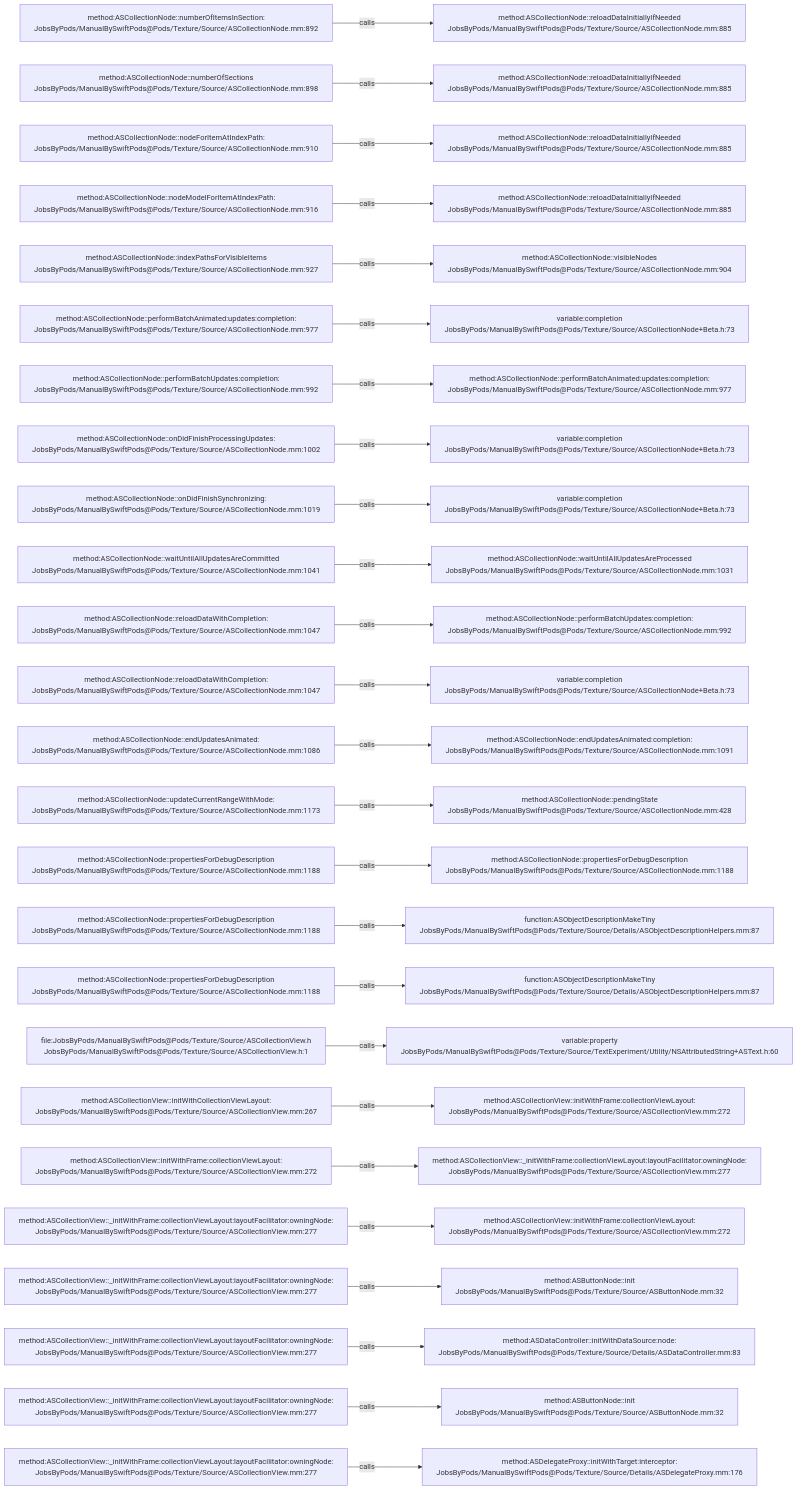
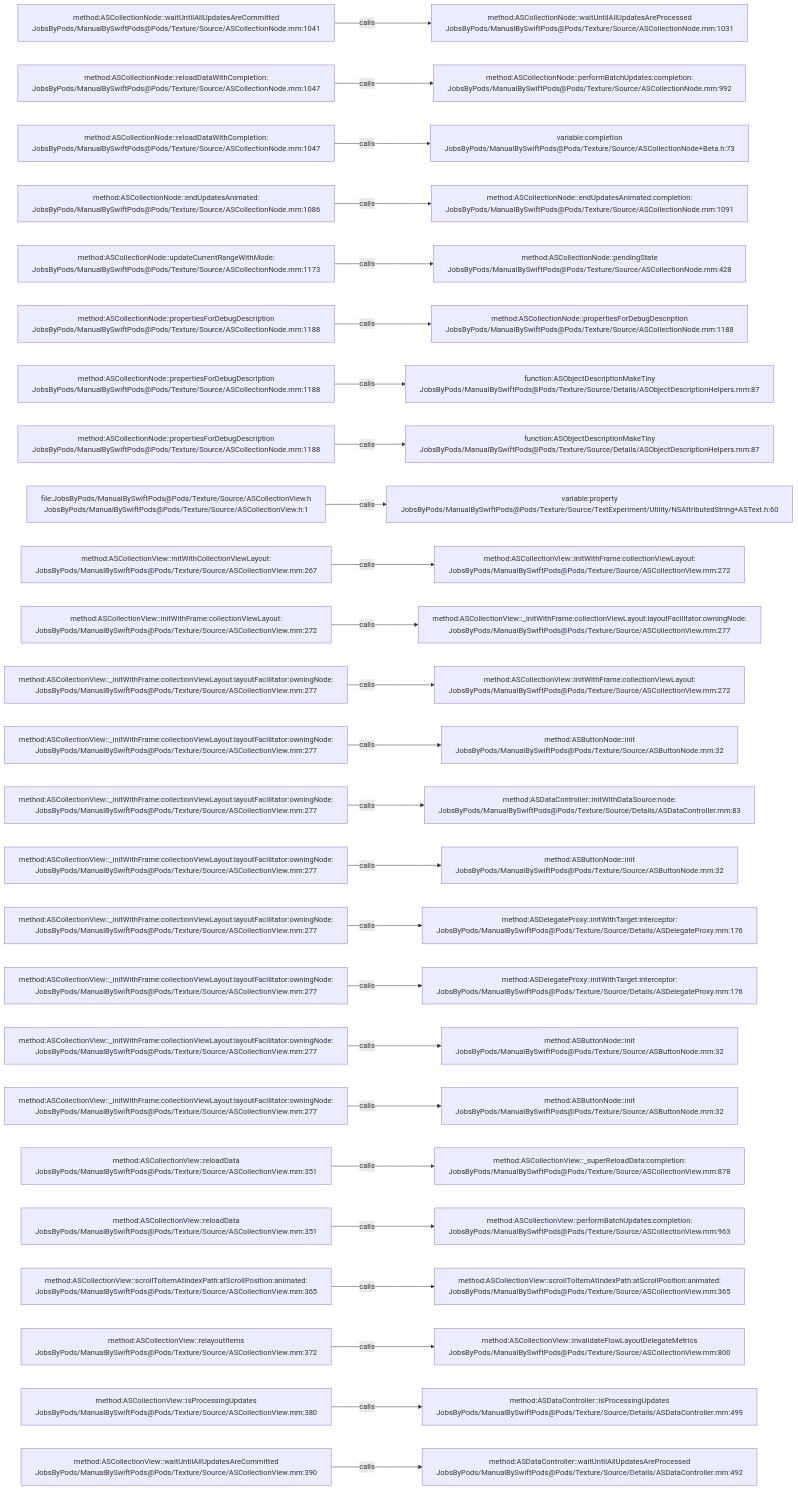
The diagram in .codegraph/codegraph.md/graphs/calls-010.md (JobsKits/JobsSwiftBaseConfigDemo), drawn with Mermaid before and after one commit. The commit also changed 707 other files, not shown here.

````diff
--- a/.codegraph/codegraph.md/graphs/calls-010.md
+++ b/.codegraph/codegraph.md/graphs/calls-010.md
@@ -13,78 +13,78 @@
 ```mermaid
 flowchart LR
-  S1["method:ASCollectionNode::numberOfItemsInSection:<br/>JobsByPods/ManualBySwiftPods@Pods/Texture/Source/ASCollectionNode.mm:892"]
-  T1["method:ASCollectionNode::reloadDataInitiallyIfNeeded<br/>JobsByPods/ManualBySwiftPods@Pods/Texture/Source/ASCollectionNode.mm:885"]
+  S1["method:ASCollectionNode::waitUntilAllUpdatesAreCommitted<br/>JobsByPods/ManualBySwiftPods@Pods/Texture/Source/ASCollectionNode.mm:1041"]
+  T1["method:ASCollectionNode::waitUntilAllUpdatesAreProcessed<br/>JobsByPods/ManualBySwiftPods@Pods/Texture/Source/ASCollectionNode.mm:1031"]
   S1 -->|calls| T1
-  S2["method:ASCollectionNode::numberOfSections<br/>JobsByPods/ManualBySwiftPods@Pods/Texture/Source/ASCollectionNode.mm:898"]
-  T2["method:ASCollectionNode::reloadDataInitiallyIfNeeded<br/>JobsByPods/ManualBySwiftPods@Pods/Texture/Source/ASCollectionNode.mm:885"]
+  S2["method:ASCollectionNode::reloadDataWithCompletion:<br/>JobsByPods/ManualBySwiftPods@Pods/Texture/Source/ASCollectionNode.mm:1047"]
+  T2["method:ASCollectionNode::performBatchUpdates:completion:<br/>JobsByPods/ManualBySwiftPods@Pods/Texture/Source/ASCollectionNode.mm:992"]
   S2 -->|calls| T2
-  S3["method:ASCollectionNode::nodeForItemAtIndexPath:<br/>JobsByPods/ManualBySwiftPods@Pods/Texture/Source/ASCollectionNode.mm:910"]
-  T3["method:ASCollectionNode::reloadDataInitiallyIfNeeded<br/>JobsByPods/ManualBySwiftPods@Pods/Texture/Source/ASCollectionNode.mm:885"]
+  S3["method:ASCollectionNode::reloadDataWithCompletion:<br/>JobsByPods/ManualBySwiftPods@Pods/Texture/Source/ASCollectionNode.mm:1047"]
+  T3["variable:completion<br/>JobsByPods/ManualBySwiftPods@Pods/Texture/Source/ASCollectionNode+Beta.h:73"]
   S3 -->|calls| T3
-  S4["method:ASCollectionNode::nodeModelForItemAtIndexPath:<br/>JobsByPods/ManualBySwiftPods@Pods/Texture/Source/ASCollectionNode.mm:916"]
-  T4["method:ASCollectionNode::reloadDataInitiallyIfNeeded<br/>JobsByPods/ManualBySwiftPods@Pods/Texture/Source/ASCollectionNode.mm:885"]
+  S4["method:ASCollectionNode::endUpdatesAnimated:<br/>JobsByPods/ManualBySwiftPods@Pods/Texture/Source/ASCollectionNode.mm:1086"]
+  T4["method:ASCollectionNode::endUpdatesAnimated:completion:<br/>JobsByPods/ManualBySwiftPods@Pods/Texture/Source/ASCollectionNode.mm:1091"]
   S4 -->|calls| T4
-  S5["method:ASCollectionNode::indexPathsForVisibleItems<br/>JobsByPods/ManualBySwiftPods@Pods/Texture/Source/ASCollectionNode.mm:927"]
-  T5["method:ASCollectionNode::visibleNodes<br/>JobsByPods/ManualBySwiftPods@Pods/Texture/Source/ASCollectionNode.mm:904"]
+  S5["method:ASCollectionNode::updateCurrentRangeWithMode:<br/>JobsByPods/ManualBySwiftPods@Pods/Texture/Source/ASCollectionNode.mm:1173"]
+  T5["method:ASCollectionNode::pendingState<br/>JobsByPods/ManualBySwiftPods@Pods/Texture/Source/ASCollectionNode.mm:428"]
   S5 -->|calls| T5
-  S6["method:ASCollectionNode::performBatchAnimated:updates:completion:<br/>JobsByPods/ManualBySwiftPods@Pods/Texture/Source/ASCollectionNode.mm:977"]
-  T6["variable:completion<br/>JobsByPods/ManualBySwiftPods@Pods/Texture/Source/ASCollectionNode+Beta.h:73"]
+  S6["method:ASCollectionNode::propertiesForDebugDescription<br/>JobsByPods/ManualBySwiftPods@Pods/Texture/Source/ASCollectionNode.mm:1188"]
+  T6["method:ASCollectionNode::propertiesForDebugDescription<br/>JobsByPods/ManualBySwiftPods@Pods/Texture/Source/ASCollectionNode.mm:1188"]
   S6 -->|calls| T6
-  S7["method:ASCollectionNode::performBatchUpdates:completion:<br/>JobsByPods/ManualBySwiftPods@Pods/Texture/Source/ASCollectionNode.mm:992"]
-  T7["method:ASCollectionNode::performBatchAnimated:updates:completion:<br/>JobsByPods/ManualBySwiftPods@Pods/Texture/Source/ASCollectionNode.mm:977"]
+  S7["method:ASCollectionNode::propertiesForDebugDescription<br/>JobsByPods/ManualBySwiftPods@Pods/Texture/Source/ASCollectionNode.mm:1188"]
+  T7["function:ASObjectDescriptionMakeTiny<br/>JobsByPods/ManualBySwiftPods@Pods/Texture/Source/Details/ASObjectDescriptionHelpers.mm:87"]
   S7 -->|calls| T7
-  S8["method:ASCollectionNode::onDidFinishProcessingUpdates:<br/>JobsByPods/ManualBySwiftPods@Pods/Texture/Source/ASCollectionNode.mm:1002"]
-  T8["variable:completion<br/>JobsByPods/ManualBySwiftPods@Pods/Texture/Source/ASCollectionNode+Beta.h:73"]
+  S8["method:ASCollectionNode::propertiesForDebugDescription<br/>JobsByPods/ManualBySwiftPods@Pods/Texture/Source/ASCollectionNode.mm:1188"]
+  T8["function:ASObjectDescriptionMakeTiny<br/>JobsByPods/ManualBySwiftPods@Pods/Texture/Source/Details/ASObjectDescriptionHelpers.mm:87"]
   S8 -->|calls| T8
-  S9["method:ASCollectionNode::onDidFinishSynchronizing:<br/>JobsByPods/ManualBySwiftPods@Pods/Texture/Source/ASCollectionNode.mm:1019"]
-  T9["variable:completion<br/>JobsByPods/ManualBySwiftPods@Pods/Texture/Source/ASCollectionNode+Beta.h:73"]
+  S9["file:JobsByPods/ManualBySwiftPods@Pods/Texture/Source/ASCollectionView.h<br/>JobsByPods/ManualBySwiftPods@Pods/Texture/Source/ASCollectionView.h:1"]
+  T9["variable:property<br/>JobsByPods/ManualBySwiftPods@Pods/Texture/Source/TextExperiment/Utility/NSAttributedString+ASText.h:60"]
   S9 -->|calls| T9
-  S10["method:ASCollectionNode::waitUntilAllUpdatesAreCommitted<br/>JobsByPods/ManualBySwiftPods@Pods/Texture/Source/ASCollectionNode.mm:1041"]
-  T10["method:ASCollectionNode::waitUntilAllUpdatesAreProcessed<br/>JobsByPods/ManualBySwiftPods@Pods/Texture/Source/ASCollectionNode.mm:1031"]
+  S10["method:ASCollectionView::initWithCollectionViewLayout:<br/>JobsByPods/ManualBySwiftPods@Pods/Texture/Source/ASCollectionView.mm:267"]
+  T10["method:ASCollectionView::initWithFrame:collectionViewLayout:<br/>JobsByPods/ManualBySwiftPods@Pods/Texture/Source/ASCollectionView.mm:272"]
   S10 -->|calls| T10
-  S11["method:ASCollectionNode::reloadDataWithCompletion:<br/>JobsByPods/ManualBySwiftPods@Pods/Texture/Source/ASCollectionNode.mm:1047"]
-  T11["method:ASCollectionNode::performBatchUpdates:completion:<br/>JobsByPods/ManualBySwiftPods@Pods/Texture/Source/ASCollectionNode.mm:992"]
+  S11["method:ASCollectionView::initWithFrame:collectionViewLayout:<br/>JobsByPods/ManualBySwiftPods@Pods/Texture/Source/ASCollectionView.mm:272"]
+  T11["method:ASCollectionView::_initWithFrame:collectionViewLayout:layoutFacilitator:owningNode:<br/>JobsByPods/ManualBySwiftPods@Pods/Texture/Source/ASCollectionView.mm:277"]
   S11 -->|calls| T11
-  S12["method:ASCollectionNode::reloadDataWithCompletion:<br/>JobsByPods/ManualBySwiftPods@Pods/Texture/Source/ASCollectionNode.mm:1047"]
-  T12["variable:completion<br/>JobsByPods/ManualBySwiftPods@Pods/Texture/Source/ASCollectionNode+Beta.h:73"]
+  S12["method:ASCollectionView::_initWithFrame:collectionViewLayout:layoutFacilitator:owningNode:<br/>JobsByPods/ManualBySwiftPods@Pods/Texture/Source/ASCollectionView.mm:277"]
+  T12["method:ASCollectionView::initWithFrame:collectionViewLayout:<br/>JobsByPods/ManualBySwiftPods@Pods/Texture/Source/ASCollectionView.mm:272"]
   S12 -->|calls| T12
-  S13["method:ASCollectionNode::endUpdatesAnimated:<br/>JobsByPods/ManualBySwiftPods@Pods/Texture/Source/ASCollectionNode.mm:1086"]
-  T13["method:ASCollectionNode::endUpdatesAnimated:completion:<br/>JobsByPods/ManualBySwiftPods@Pods/Texture/Source/ASCollectionNode.mm:1091"]
+  S13["method:ASCollectionView::_initWithFrame:collectionViewLayout:layoutFacilitator:owningNode:<br/>JobsByPods/ManualBySwiftPods@Pods/Texture/Source/ASCollectionView.mm:277"]
+  T13["method:ASButtonNode::init<br/>JobsByPods/ManualBySwiftPods@Pods/Texture/Source/ASButtonNode.mm:32"]
   S13 -->|calls| T13
-  S14["method:ASCollectionNode::updateCurrentRangeWithMode:<br/>JobsByPods/ManualBySwiftPods@Pods/Texture/Source/ASCollectionNode.mm:1173"]
-  T14["method:ASCollectionNode::pendingState<br/>JobsByPods/ManualBySwiftPods@Pods/Texture/Source/ASCollectionNode.mm:428"]
+  S14["method:ASCollectionView::_initWithFrame:collectionViewLayout:layoutFacilitator:owningNode:<br/>JobsByPods/ManualBySwiftPods@Pods/Texture/Source/ASCollectionView.mm:277"]
+  T14["method:ASDataController::initWithDataSource:node:<br/>JobsByPods/ManualBySwiftPods@Pods/Texture/Source/Details/ASDataController.mm:83"]
   S14 -->|calls| T14
-  S15["method:ASCollectionNode::propertiesForDebugDescription<br/>JobsByPods/ManualBySwiftPods@Pods/Texture/Source/ASCollectionNode.mm:1188"]
-  T15["method:ASCollectionNode::propertiesForDebugDescription<br/>JobsByPods/ManualBySwiftPods@Pods/Texture/Source/ASCollectionNode.mm:1188"]
+  S15["method:ASCollectionView::_initWithFrame:collectionViewLayout:layoutFacilitator:owningNode:<br/>JobsByPods/ManualBySwiftPods@Pods/Texture/Source/ASCollectionView.mm:277"]
+  T15["method:ASButtonNode::init<br/>JobsByPods/ManualBySwiftPods@Pods/Texture/Source/ASButtonNode.mm:32"]
   S15 -->|calls| T15
-  S16["method:ASCollectionNode::propertiesForDebugDescription<br/>JobsByPods/ManualBySwiftPods@Pods/Texture/Source/ASCollectionNode.mm:1188"]
-  T16["function:ASObjectDescriptionMakeTiny<br/>JobsByPods/ManualBySwiftPods@Pods/Texture/Source/Details/ASObjectDescriptionHelpers.mm:87"]
+  S16["method:ASCollectionView::_initWithFrame:collectionViewLayout:layoutFacilitator:owningNode:<br/>JobsByPods/ManualBySwiftPods@Pods/Texture/Source/ASCollectionView.mm:277"]
+  T16["method:ASDelegateProxy::initWithTarget:interceptor:<br/>JobsByPods/ManualBySwiftPods@Pods/Texture/Source/Details/ASDelegateProxy.mm:176"]
   S16 -->|calls| T16
-  S17["method:ASCollectionNode::propertiesForDebugDescription<br/>JobsByPods/ManualBySwiftPods@Pods/Texture/Source/ASCollectionNode.mm:1188"]
-  T17["function:ASObjectDescriptionMakeTiny<br/>JobsByPods/ManualBySwiftPods@Pods/Texture/Source/Details/ASObjectDescriptionHelpers.mm:87"]
+  S17["method:ASCollectionView::_initWithFrame:collectionViewLayout:layoutFacilitator:owningNode:<br/>JobsByPods/ManualBySwiftPods@Pods/Texture/Source/ASCollectionView.mm:277"]
+  T17["method:ASDelegateProxy::initWithTarget:interceptor:<br/>JobsByPods/ManualBySwiftPods@Pods/Texture/Source/Details/ASDelegateProxy.mm:176"]
   S17 -->|calls| T17
-  S18["file:JobsByPods/ManualBySwiftPods@Pods/Texture/Source/ASCollectionView.h<br/>JobsByPods/ManualBySwiftPods@Pods/Texture/Source/ASCollectionView.h:1"]
-  T18["variable:property<br/>JobsByPods/ManualBySwiftPods@Pods/Texture/Source/TextExperiment/Utility/NSAttributedString+ASText.h:60"]
+  S18["method:ASCollectionView::_initWithFrame:collectionViewLayout:layoutFacilitator:owningNode:<br/>JobsByPods/ManualBySwiftPods@Pods/Texture/Source/ASCollectionView.mm:277"]
+  T18["method:ASButtonNode::init<br/>JobsByPods/ManualBySwiftPods@Pods/Texture/Source/ASButtonNode.mm:32"]
   S18 -->|calls| T18
-  S19["method:ASCollectionView::initWithCollectionViewLayout:<br/>JobsByPods/ManualBySwiftPods@Pods/Texture/Source/ASCollectionView.mm:267"]
-  T19["method:ASCollectionView::initWithFrame:collectionViewLayout:<br/>JobsByPods/ManualBySwiftPods@Pods/Texture/Source/ASCollectionView.mm:272"]
+  S19["method:ASCollectionView::_initWithFrame:collectionViewLayout:layoutFacilitator:owningNode:<br/>JobsByPods/ManualBySwiftPods@Pods/Texture/Source/ASCollectionView.mm:277"]
+  T19["method:ASButtonNode::init<br/>JobsByPods/ManualBySwiftPods@Pods/Texture/Source/ASButtonNode.mm:32"]
   S19 -->|calls| T19
-  S20["method:ASCollectionView::initWithFrame:collectionViewLayout:<br/>JobsByPods/ManualBySwiftPods@Pods/Texture/Source/ASCollectionView.mm:272"]
-  T20["method:ASCollectionView::_initWithFrame:collectionViewLayout:layoutFacilitator:owningNode:<br/>JobsByPods/ManualBySwiftPods@Pods/Texture/Source/ASCollectionView.mm:277"]
+  S20["method:ASCollectionView::reloadData<br/>JobsByPods/ManualBySwiftPods@Pods/Texture/Source/ASCollectionView.mm:351"]
+  T20["method:ASCollectionView::_superReloadData:completion:<br/>JobsByPods/ManualBySwiftPods@Pods/Texture/Source/ASCollectionView.mm:878"]
   S20 -->|calls| T20
-  S21["method:ASCollectionView::_initWithFrame:collectionViewLayout:layoutFacilitator:owningNode:<br/>JobsByPods/ManualBySwiftPods@Pods/Texture/Source/ASCollectionView.mm:277"]
-  T21["method:ASCollectionView::initWithFrame:collectionViewLayout:<br/>JobsByPods/ManualBySwiftPods@Pods/Texture/Source/ASCollectionView.mm:272"]
+  S21["method:ASCollectionView::reloadData<br/>JobsByPods/ManualBySwiftPods@Pods/Texture/Source/ASCollectionView.mm:351"]
+  T21["method:ASCollectionView::performBatchUpdates:completion:<br/>JobsByPods/ManualBySwiftPods@Pods/Texture/Source/ASCollectionView.mm:963"]
   S21 -->|calls| T21
-  S22["method:ASCollectionView::_initWithFrame:collectionViewLayout:layoutFacilitator:owningNode:<br/>JobsByPods/ManualBySwiftPods@Pods/Texture/Source/ASCollectionView.mm:277"]
-  T22["method:ASButtonNode::init<br/>JobsByPods/ManualBySwiftPods@Pods/Texture/Source/ASButtonNode.mm:32"]
+  S22["method:ASCollectionView::scrollToItemAtIndexPath:atScrollPosition:animated:<br/>JobsByPods/ManualBySwiftPods@Pods/Texture/Source/ASCollectionView.mm:365"]
+  T22["method:ASCollectionView::scrollToItemAtIndexPath:atScrollPosition:animated:<br/>JobsByPods/ManualBySwiftPods@Pods/Texture/Source/ASCollectionView.mm:365"]
   S22 -->|calls| T22
-  S23["method:ASCollectionView::_initWithFrame:collectionViewLayout:layoutFacilitator:owningNode:<br/>JobsByPods/ManualBySwiftPods@Pods/Texture/Source/ASCollectionView.mm:277"]
-  T23["method:ASDataController::initWithDataSource:node:<br/>JobsByPods/ManualBySwiftPods@Pods/Texture/Source/Details/ASDataController.mm:83"]
+  S23["method:ASCollectionView::relayoutItems<br/>JobsByPods/ManualBySwiftPods@Pods/Texture/Source/ASCollectionView.mm:372"]
+  T23["method:ASCollectionView::invalidateFlowLayoutDelegateMetrics<br/>JobsByPods/ManualBySwiftPods@Pods/Texture/Source/ASCollectionView.mm:800"]
   S23 -->|calls| T23
-  S24["method:ASCollectionView::_initWithFrame:collectionViewLayout:layoutFacilitator:owningNode:<br/>JobsByPods/ManualBySwiftPods@Pods/Texture/Source/ASCollectionView.mm:277"]
-  T24["method:ASButtonNode::init<br/>JobsByPods/ManualBySwiftPods@Pods/Texture/Source/ASButtonNode.mm:32"]
+  S24["method:ASCollectionView::isProcessingUpdates<br/>JobsByPods/ManualBySwiftPods@Pods/Texture/Source/ASCollectionView.mm:380"]
+  T24["method:ASDataController::isProcessingUpdates<br/>JobsByPods/ManualBySwiftPods@Pods/Texture/Source/Details/ASDataController.mm:499"]
   S24 -->|calls| T24
-  S25["method:ASCollectionView::_initWithFrame:collectionViewLayout:layoutFacilitator:owningNode:<br/>JobsByPods/ManualBySwiftPods@Pods/Texture/Source/ASCollectionView.mm:277"]
-  T25["method:ASDelegateProxy::initWithTarget:interceptor:<br/>JobsByPods/ManualBySwiftPods@Pods/Texture/Source/Details/ASDelegateProxy.mm:176"]
+  S25["method:ASCollectionView::waitUntilAllUpdatesAreCommitted<br/>JobsByPods/ManualBySwiftPods@Pods/Texture/Source/ASCollectionView.mm:390"]
+  T25["method:ASDataController::waitUntilAllUpdatesAreProcessed<br/>JobsByPods/ManualBySwiftPods@Pods/Texture/Source/Details/ASDataController.mm:492"]
   S25 -->|calls| T25
 ```
````
